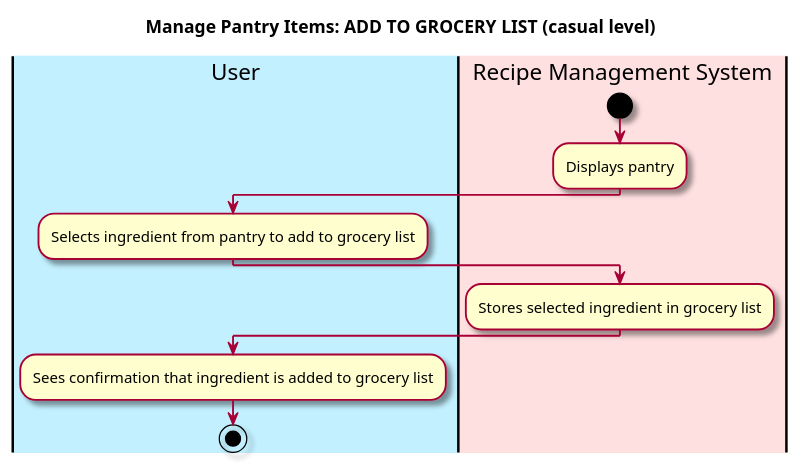
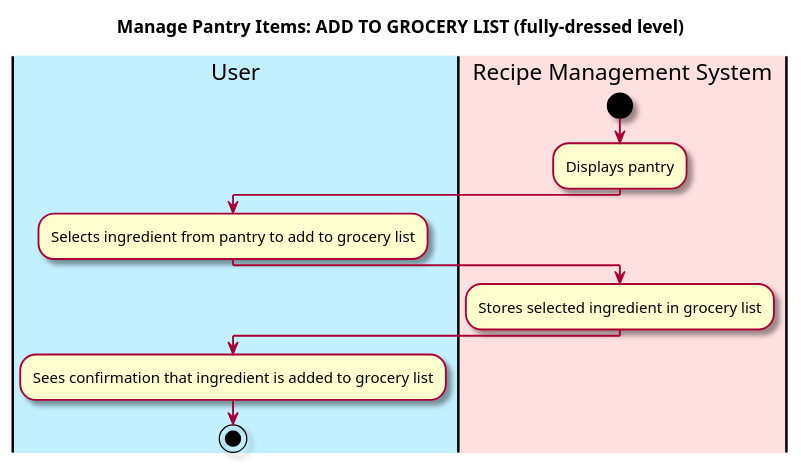
Before and after one commit to berthashipper/Pantry-Pal-Android-Application: the fourth of 8 diagrams in intellij/doc/use-cases/manage_pantry.md, drawn with PlantUML. The commit also changed other lines of this file and 3 other files, not shown here.

````diff
--- a/intellij/doc/use-cases/manage_pantry.md
+++ b/intellij/doc/use-cases/manage_pantry.md
@@ -126,25 +126,25 @@
 ```plantuml
 @startuml
 
 skin rose
 
-title Manage Pantry Items: ADD TO GROCERY LIST (casual level)
+title Manage Pantry Items: ADD TO GROCERY LIST (fully-dressed level)
 
 'define the lanes
 |#application|User|
 |#implementation|Recipe Management System|
 
 |Recipe Management System|
 start
 :Displays pantry;
 |User|
 :Selects ingredient from pantry to add to grocery list;
 |Recipe Management System|
 :Stores selected ingredient in grocery list;
 
 |User|
 :Sees confirmation that ingredient is added to grocery list;
 
 stop
 @enduml
 ```
````
